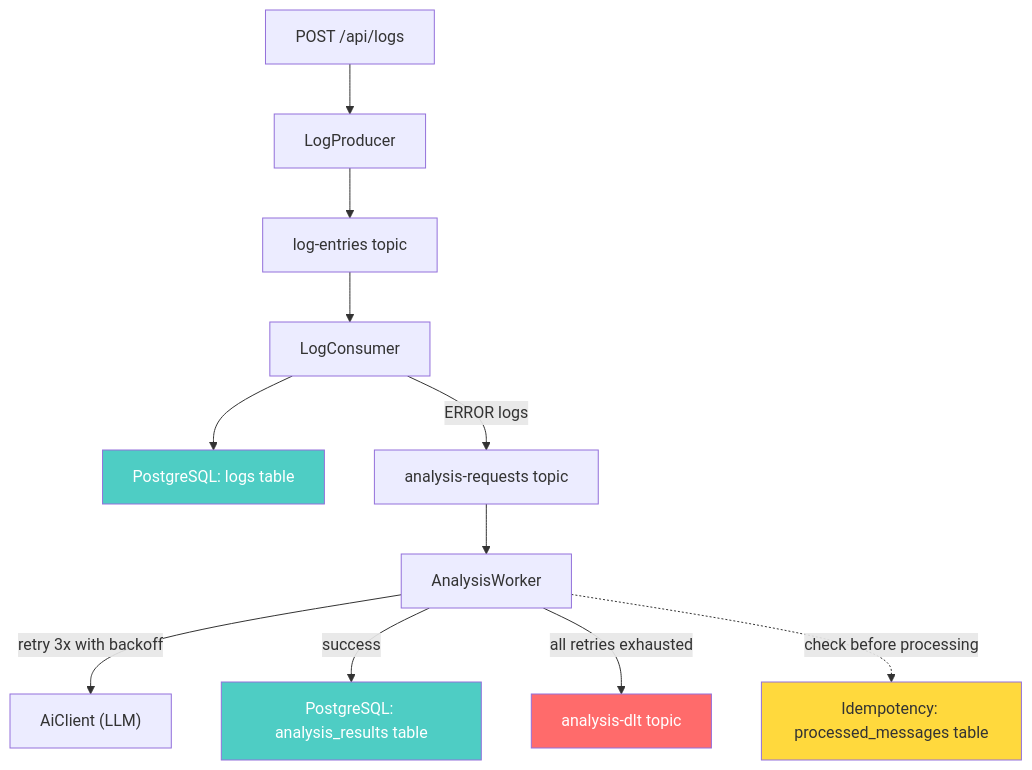
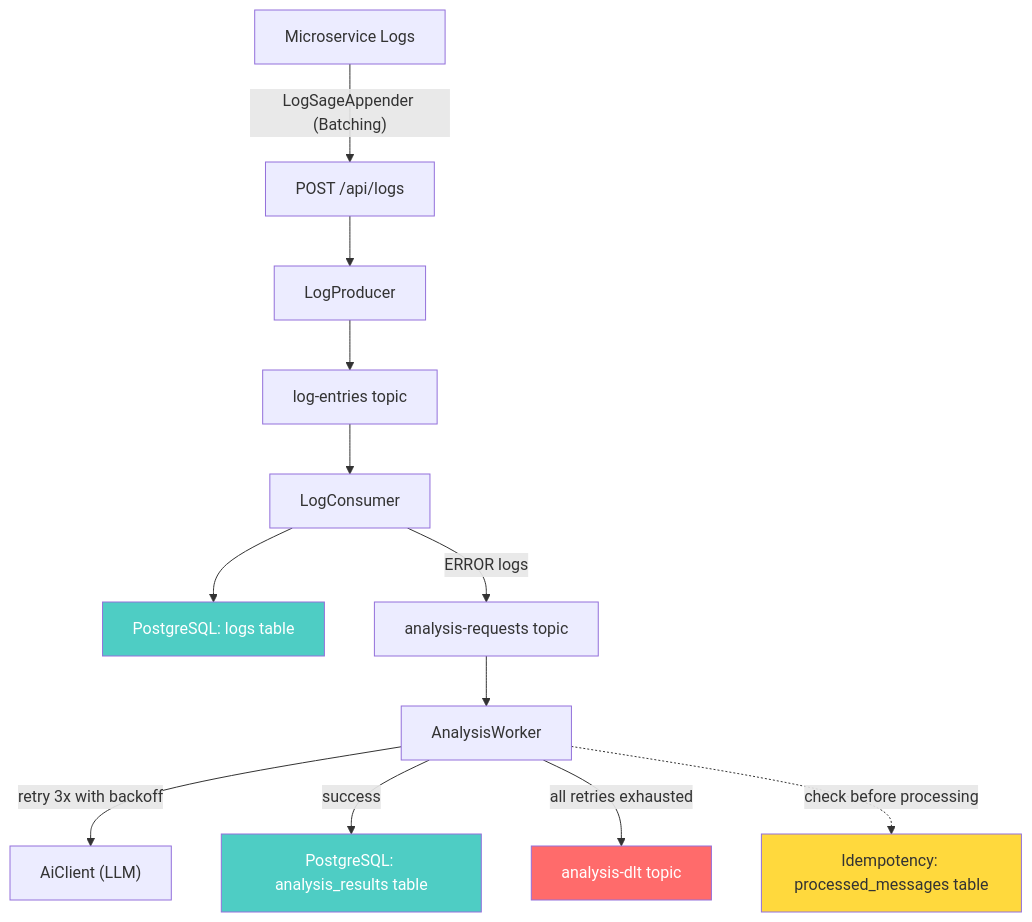
Before and after one commit to harshchoudhary2103j/LogSage-AI: the diagram in README.md, drawn with Mermaid. The commit also changed other lines of this file and 1 other file, not shown here.

Commit message:
Added Batch Implementation of Log Requests and Updated: Readme

````diff
--- a/README.md
+++ b/README.md
@@ -58,18 +47,19 @@
 ```mermaid
 graph TD
-    A["POST /api/logs"] --> B["LogProducer"]
+    Z["Microservice Logs"] -->|"LogSageAppender (Batching)"| A["POST /api/logs"]
+    A --> B["LogProducer"]
     B --> C["log-entries topic"]
     C --> D["LogConsumer"]
     D --> E["PostgreSQL: logs table"]
     D -->|"ERROR logs"| F["analysis-requests topic"]
     F --> G["AnalysisWorker"]
     G -->|"retry 3x with backoff"| H["AiClient (LLM)"]
     G -->|"success"| I["PostgreSQL: analysis_results table"]
     G -->|"all retries exhausted"| J["analysis-dlt topic"]
     G -.->|"check before processing"| K["Idempotency: processed_messages table"]
 
     style J fill:#ff6b6b,color:#fff
     style K fill:#ffd93d,color:#333
     style E fill:#4ecdc4,color:#fff
     style I fill:#4ecdc4,color:#fff
 ```
````
